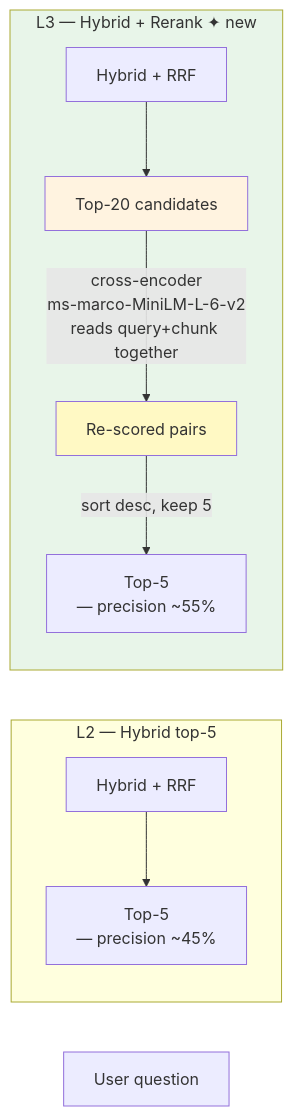
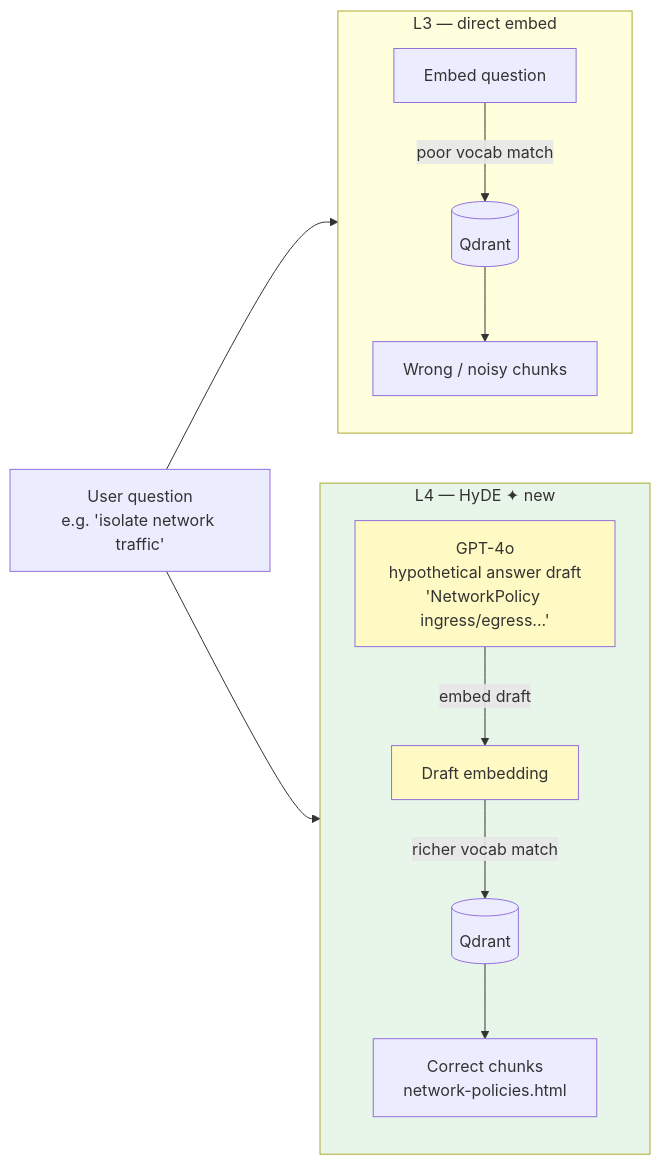
The diagram in LESSON.md (yashprogrammer/Adv_rag), drawn with Mermaid before and after one commit. The commit also changed other lines of this file and 7 other files, not shown here.

````diff
--- a/LESSON.md
+++ b/LESSON.md
@@ -16,18 +16,24 @@
 ```mermaid
 flowchart LR
-    Q[User question]
+    Q[User question\ne.g. 'isolate network traffic']
 
-    subgraph Before["L2 — Hybrid top-5"]
-        H2[Hybrid + RRF] --> C2[Top-5\n — precision ~45%]
+    subgraph Before["L3 — direct embed"]
+        direction TB
+        QE[Embed question] -->|poor vocab match| QD3[(Qdrant)]
+        QD3 --> C3[Wrong / noisy chunks]
     end
 
-    subgraph After["L3 — Hybrid + Rerank ✦ new"]
-        H3[Hybrid + RRF] --> POOL[Top-20 candidates]
-        POOL -->|cross-encoder\nms-marco-MiniLM-L-6-v2\nreads query+chunk together| CE[Re-scored pairs]
-        CE -->|sort desc, keep 5| C3[Top-5\n — precision ~55%]
+    subgraph After["L4 — HyDE ✦ new"]
+        direction TB
+        LLM4[GPT-4o\nhypothetical answer draft\n'NetworkPolicy ingress/egress...'] -->|embed draft| HE[Draft embedding]
+        HE -->|richer vocab match| QD4[(Qdrant)]
+        QD4 --> C4[Correct chunks\nnetwork-policies.html]
     end
 
+    Q --> Before
+    Q --> LLM4
+
     style After fill:#e8f5e9
-    style CE fill:#fff9c4
-    style POOL fill:#fff3e0
+    style LLM4 fill:#fff9c4
+    style HE fill:#fff9c4
 ```
````
